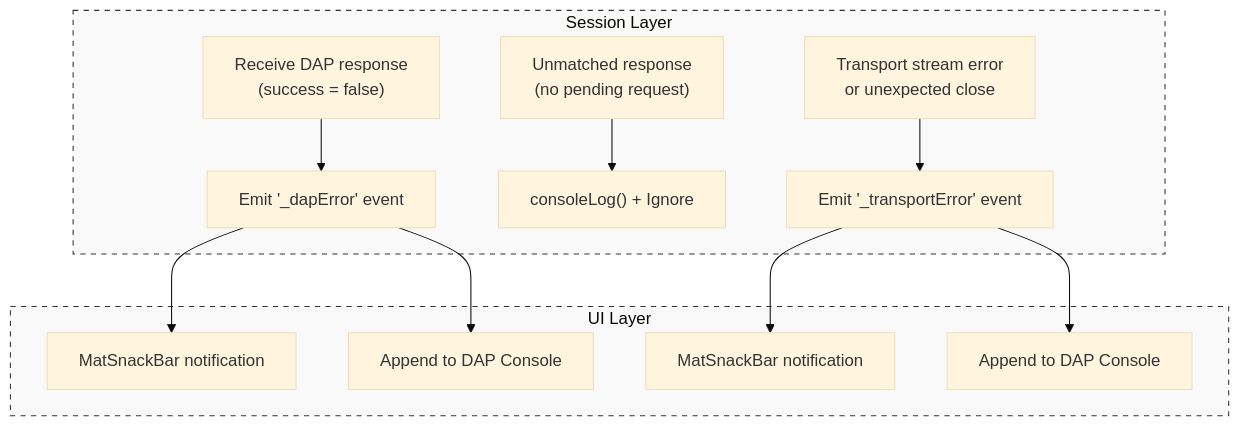
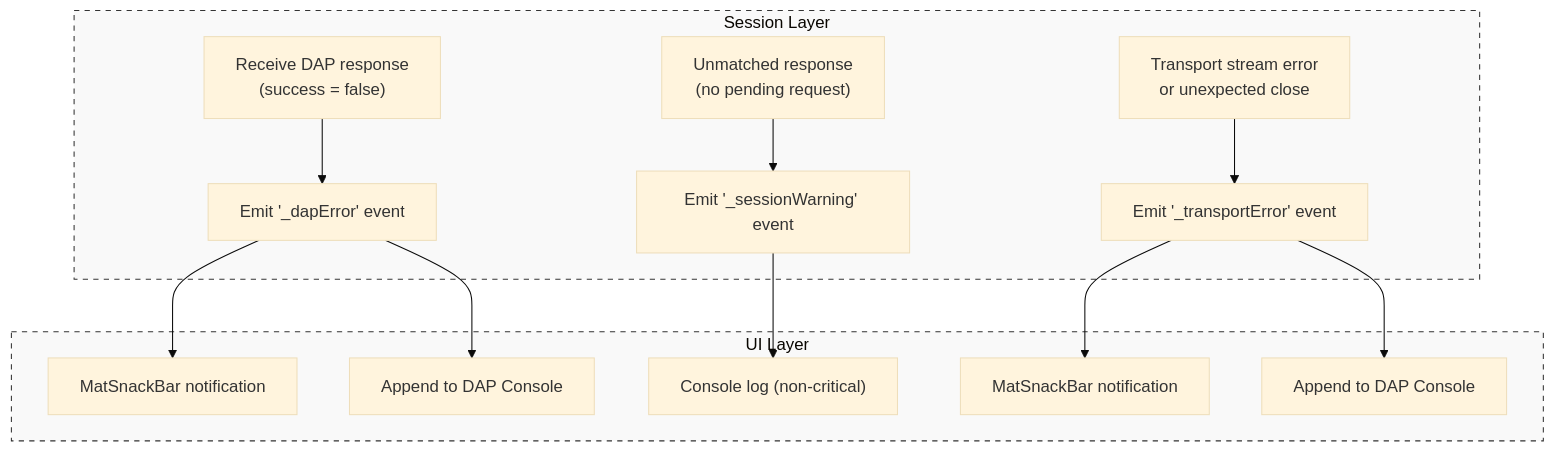
One commit to tangpo387-arch/taro-debugger changed the ninth of 9 diagrams in docs/architecture.md. Above: the diagram before and after it, drawn with Mermaid (base theme). The commit also changed other lines of this file and 4 other files, not shown here.

Commit message:
refactor: decouple DapSessionService from DapLogService by emitting _sessionWarning events for protocol anomalies

````diff
--- a/docs/architecture.md
+++ b/docs/architecture.md
@@ -402,18 +402,19 @@
 ```mermaid
 graph TD
     subgraph Session_Layer ["Session Layer"]
         A["Receive DAP response<br/>(success = false)"] --> B["Emit '_dapError' event"]
-        C["Unmatched response<br/>(no pending request)"] --> D["consoleLog() + Ignore"]
+        C["Unmatched response<br/>(no pending request)"] --> D["Emit '_sessionWarning' event"]
         E["Transport stream error<br/>or unexpected close"] --> F["Emit '_transportError' event"]
     end
 
     subgraph UI_Layer ["UI Layer"]
         B --> G["MatSnackBar notification"]
         B --> H["Append to DAP Console"]
+        D --> K["Console log (non-critical)"]
         F --> I["MatSnackBar notification"]
         F --> J["Append to DAP Console"]
     end
 
     style Session_Layer fill:#f9f9f9,stroke:#333,stroke-dasharray: 5 5
     style UI_Layer fill:#f9f9f9,stroke:#333,stroke-dasharray: 5 5
 ```
````
